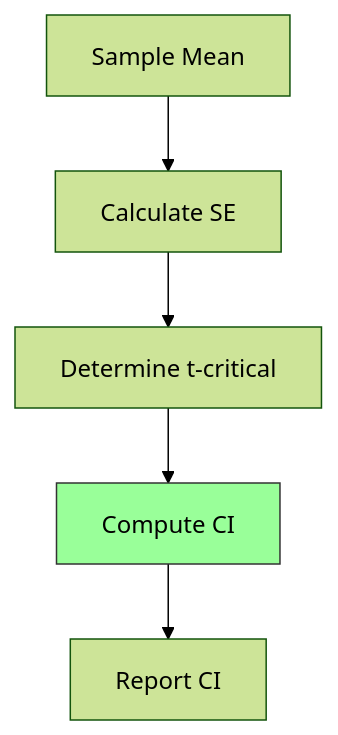
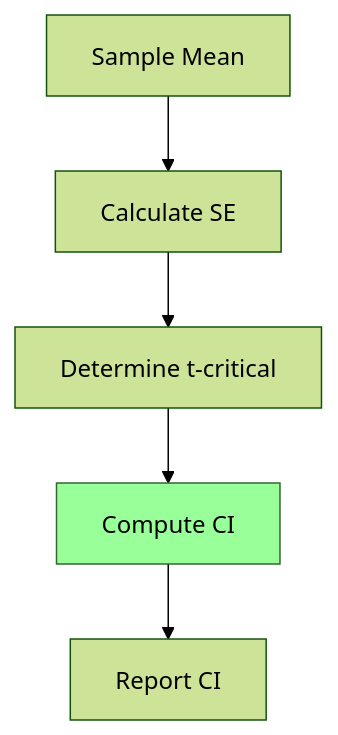
One commit to Evintkoo/2048-ml changed the fourth of 6 diagrams in plans/07-Benchmarking/04-Analysis/02-statistical-analysis.md. Above: the diagram before and after it, drawn with Mermaid (forest theme). The commit also changed other lines of this file and 144 other files, not shown here.

````diff
--- a/plans/07-Benchmarking/04-Analysis/02-statistical-analysis.md
+++ b/plans/07-Benchmarking/04-Analysis/02-statistical-analysis.md
@@ -75,9 +76,9 @@
 ```mermaid
 graph TD
     A[Sample Mean] --> B[Calculate SE]
     B --> C[Determine t-critical]
     C --> D[Compute CI]
     D --> E[Report CI]
     
-    style D fill:#9f9,stroke:#333
+    style D fill:#9f9,stroke:#363
 ```
````
